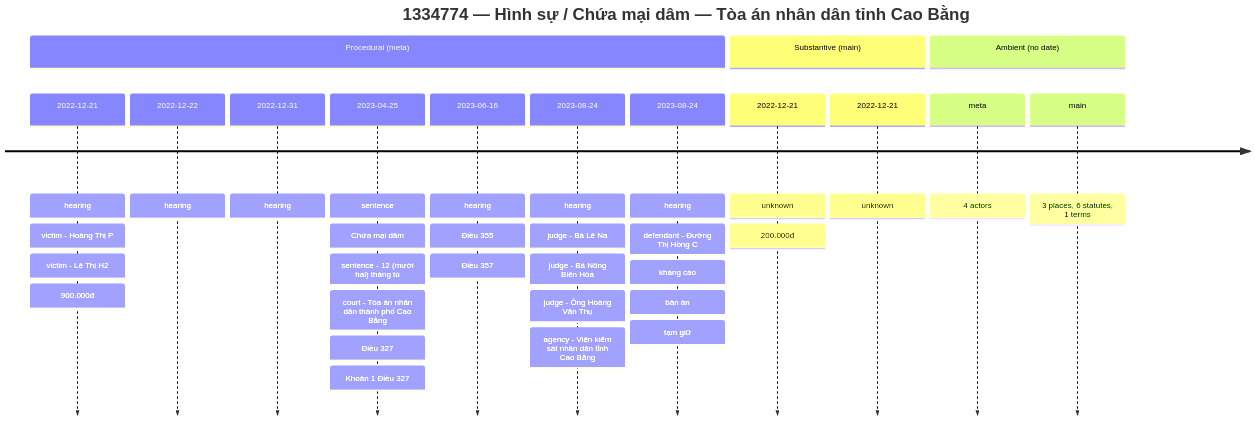
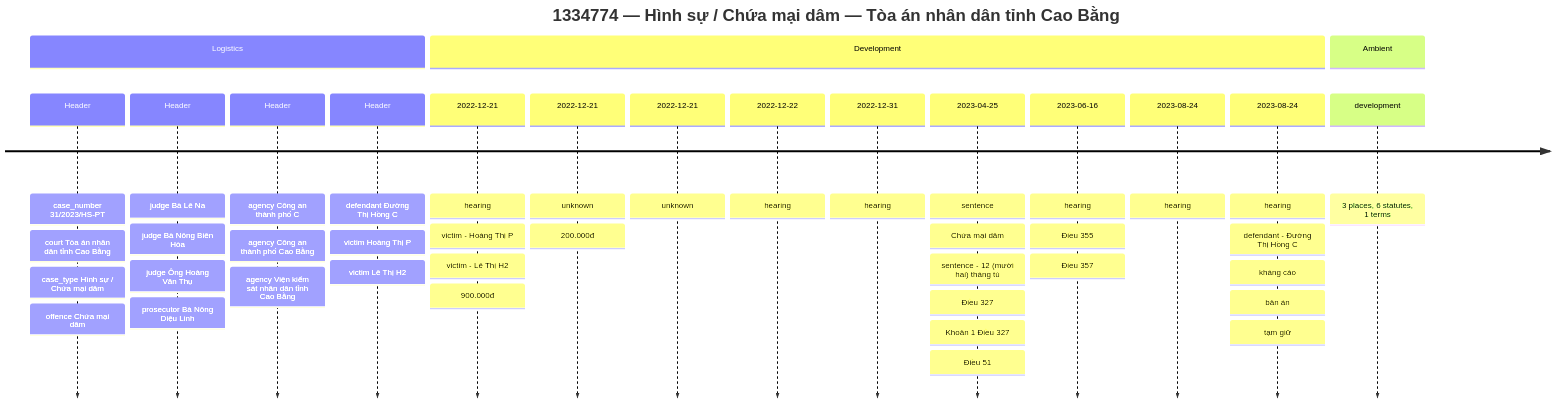
The fourth of 4 diagrams in wiki/TIMELINE.md (tmquan/ViLA), drawn with Mermaid before and after one commit. The commit also changed other lines of this file and 12 other files, not shown here.

First line of the commit message:
Refactor timeline structure to consolidate event lanes and enhance case header

````diff
--- a/wiki/TIMELINE.md
+++ b/wiki/TIMELINE.md
@@ -867,18 +974,21 @@
 ```mermaid
 timeline
     title 1334774 — Hình sự / Chứa mại dâm — Tòa án nhân dân tỉnh Cao Bằng
-    section Procedural (meta)
+    section Logistics
+        Header : case_number 31/2023/HS-PT : court Tòa án nhân dân tỉnh Cao Bằng : case_type Hình sự / Chứa mại dâm : offence Chứa mại dâm
+        Header : judge Bà Lê Na : judge Bà Nông Biên Hòa : judge Ông Hoàng Văn Thụ : prosecutor Bà Nông Diệu Linh
+        Header : agency Công an thành phố C : agency Công an thành phố Cao Bằng : agency Viện kiểm sát nhân dân tỉnh Cao Bằng
+        Header : defendant Đường Thị Hồng C : victim Hoàng Thị P : victim Lê Thị H2
+    section Development
         2022-12-21 : hearing : victim - Hoàng Thị P : victim - Lê Thị H2 : 900.000đ
+        2022-12-21 : unknown : 200.000đ
+        2022-12-21 : unknown
         2022-12-22 : hearing
         2022-12-31 : hearing
-        2023-04-25 : sentence : Chứa mại dâm : sentence - 12 (mười hai) tháng tù : court - Tòa án nhân dân thành phố Cao Bằng : Điều 327 : Khoản 1 Điều 327
+        2023-04-25 : sentence : Chứa mại dâm : sentence - 12 (mười hai) tháng tù : Điều 327 : Khoản 1 Điều 327 : Điều 51
         2023-06-16 : hearing : Điều 355 : Điều 357
-        2023-08-24 : hearing : judge - Bà Lê Na : judge - Bà Nông Biên Hòa : judge - Ông Hoàng Văn Thụ : agency - Viện kiểm sát nhân dân tỉnh Cao Bằng
+        2023-08-24 : hearing
         2023-08-24 : hearing : defendant - Đường Thị Hồng C : kháng cáo : bản án : tạm giữ
-    section Substantive (main)
-        2022-12-21 : unknown : 200.000đ
-        2022-12-21 : unknown
-    section Ambient (no date)
-        meta : 4 actors
-        main : 3 places, 6 statutes, 1 terms
+    section Ambient
+        development : 3 places, 6 statutes, 1 terms
 ```
````
